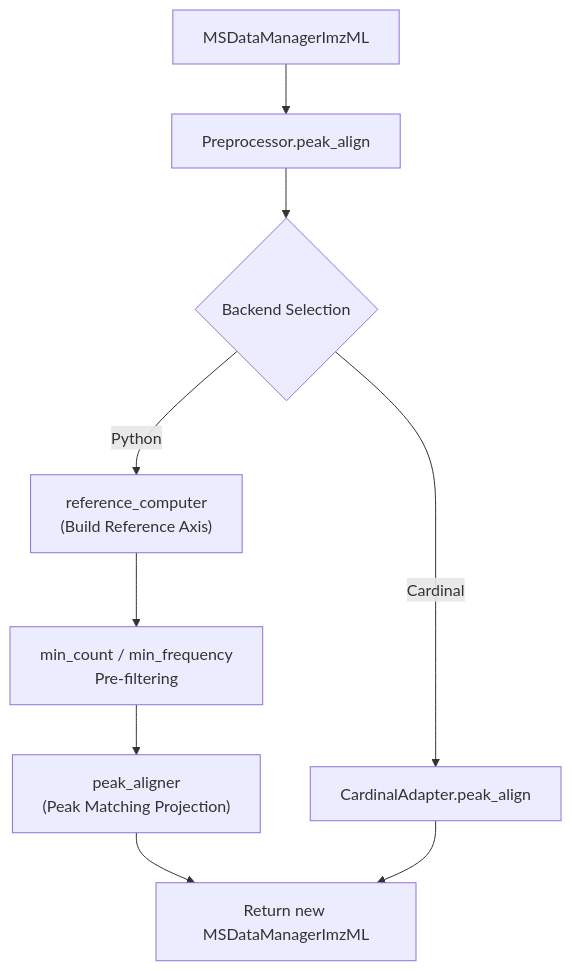
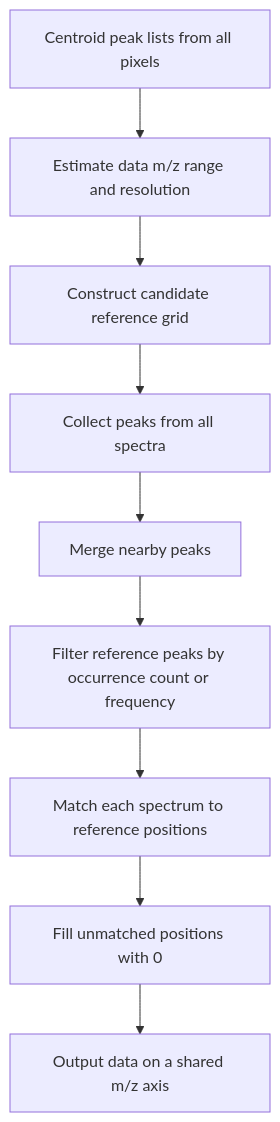
One commit to NeoNexusX/MassFlow changed the diagram in docs/en/peak_alignment.md. Above: the diagram before and after it, drawn with Mermaid. The commit also changed other lines of this file and 20 other files, not shown here.

````diff
--- a/docs/en/peak_alignment.md
+++ b/docs/en/peak_alignment.md
@@ -34,11 +174,11 @@
 ```mermaid
 graph TD
-    A["MSDataManagerImzML"] --> B["Preprocessor.peak_align"]
-    B --> C{Backend Selection}
-    C -- Python --> D["reference_computer<br/>(Build Reference Axis)"]
-    C -- Cardinal --> E["CardinalAdapter.peak_align"]
-    D --> F["min_count / min_frequency<br/>Pre-filtering"]
-    F --> G["peak_aligner<br/>(Peak Matching Projection)"]
-    G --> H["Return new MSDataManagerImzML"]
-    E --> H
+  A["Centroid peak lists from all pixels"] --> B["Estimate data m/z range and resolution"]
+  B --> C["Construct candidate reference grid"]
+  C --> D["Collect peaks from all spectra"]
+  D --> E["Merge nearby peaks"]
+  E --> F["Filter reference peaks by occurrence count or frequency"]
+  F --> G["Match each spectrum to reference positions"]
+  G --> H["Fill unmatched positions with 0"]
+  H --> I["Output data on a shared m/z axis"]
 ```
````
